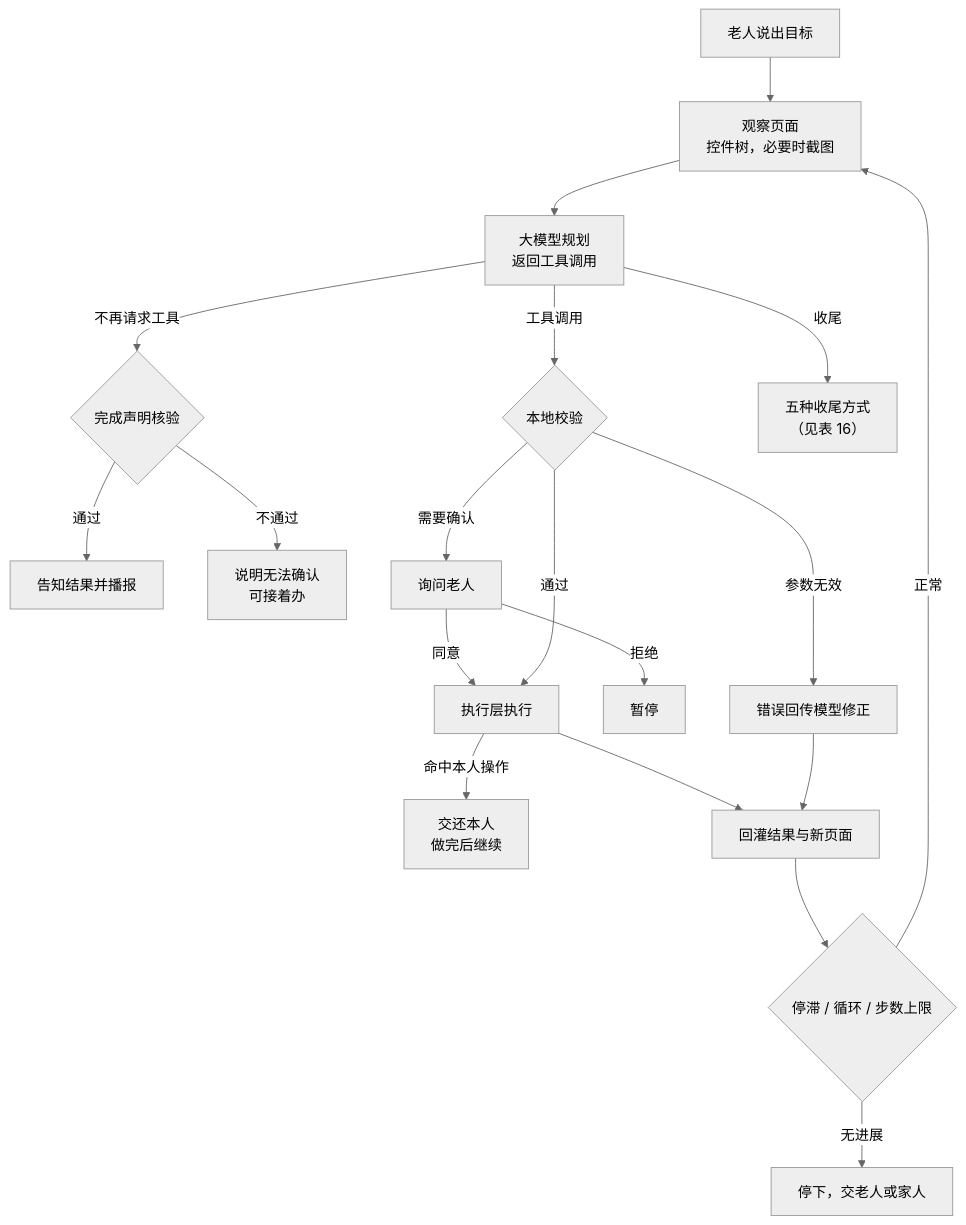
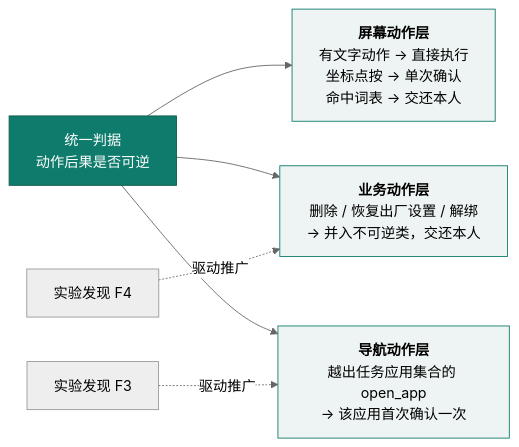
The diagram in docs/aic-2026/figures/fig6.mmd (lhxll07/elder-harness), drawn with Mermaid before and after one commit. The commit also changed 73 other files, not shown here.

```diff
--- a/docs/aic-2026/figures/fig6.mmd
+++ b/docs/aic-2026/figures/fig6.mmd
@@ -1,20 +1,12 @@
 %%{init: {"theme":"neutral","themeVariables":{"fontFamily":"Noto Sans CJK SC, sans-serif","fontSize":"16px"}}}%%
-flowchart TD
-  A[老人说出目标] --> B[观察页面<br/>控件树，必要时截图]
-  B --> C[大模型规划<br/>返回工具调用]
-  C -->|不再请求工具| D{完成声明核验}
-  D -->|通过| E[告知结果并播报]
-  D -->|不通过| F[说明无法确认<br/>可接着办]
-  C -->|工具调用| G{本地校验}
-  G -->|参数无效| H[错误回传模型修正]
-  G -->|需要确认| I[询问老人]
-  I -->|拒绝| J[暂停]
-  I -->|同意| K[执行层执行]
-  G -->|通过| K
-  K -->|命中本人操作| L[交还本人<br/>做完后继续]
-  K --> M[回灌结果与新页面]
-  H --> M
-  M --> N{停滞 / 循环 / 步数上限}
-  N -->|正常| B
-  N -->|无进展| O[停下，交老人或家人]
-  C -->|"收尾"| Z["五种收尾方式<br/>（见表 16）"]
+flowchart LR
+  C["统一判据<br/>动作后果是否可逆"]
+  C --> L1["<b>屏幕动作层</b><br/>有文字动作 → 直接执行<br/>坐标点按 → 单次确认<br/>命中词表 → 交还本人"]
+  C --> L2["<b>业务动作层</b><br/>删除 / 恢复出厂设置 / 解绑<br/>→ 并入不可逆类，交还本人"]
+  C --> L3["<b>导航动作层</b><br/>越出任务应用集合的 open_app<br/>→ 该应用首次确认一次"]
+  F4["实验发现 F4"] -.->|驱动推广| L2
+  F3["实验发现 F3"] -.->|驱动推广| L3
+  classDef core fill:#0f7b6c,color:#fff,stroke:#0b5a4f
+  classDef ext fill:#eef4f3,stroke:#0f7b6c
+  class C core
+  class L1,L2,L3 ext
```
